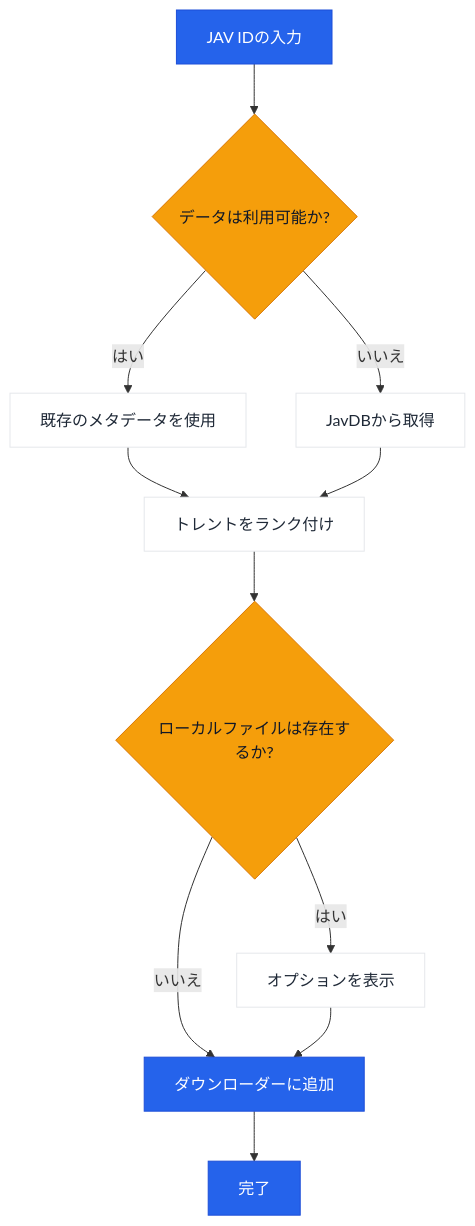
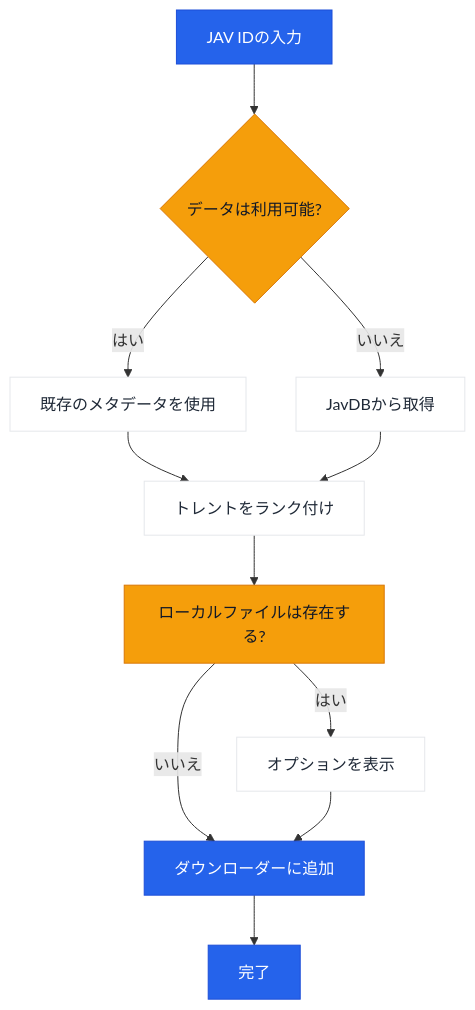
One commit to jqknono/jav-manager changed the diagram in README.ja.md. Above: the diagram before and after it, drawn with Mermaid. The commit also changed other lines of this file and 26 other files, not shown here.

````diff
--- a/README.ja.md
+++ b/README.ja.md
@@ -19,21 +19,21 @@
 ```mermaid
 flowchart TD
-    A[JAV IDの入力] --> B{データは利用可能か?}
+    A[JAV IDの入力] --> B{データは利用可能?}
     B -->|はい| C[既存のメタデータを使用]
     B -->|いいえ| D[JavDBから取得]
     C --> E[トレントをランク付け]
     D --> E
-    E --> F{ローカルファイルは存在するか?}
+    E --> F[ローカルファイルは存在する?]
     F -->|はい| G[オプションを表示]
     F -->|いいえ| H[ダウンローダーに追加]
     G --> H
     H --> I[完了]
 
     classDef primary fill:#2563eb,stroke:#1d4ed8,color:#ffffff;
     classDef decision fill:#f59e0b,stroke:#d97706,color:#111827;
     classDef neutral fill:#ffffff,stroke:#e5e7eb,color:#1f2937;
 
     class A,H,I primary;
     class B,F decision;
     class C,D,E,G neutral;
 ```
````
